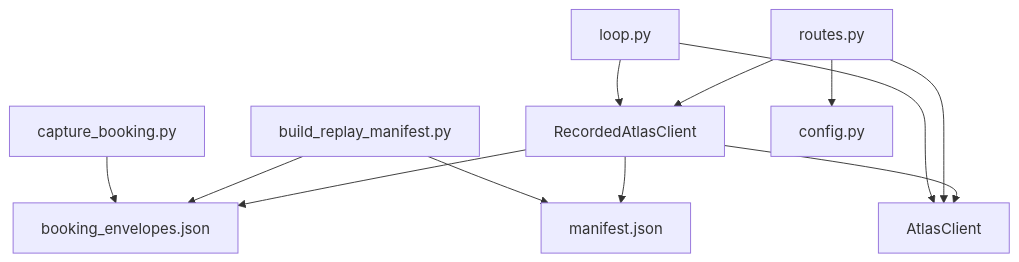
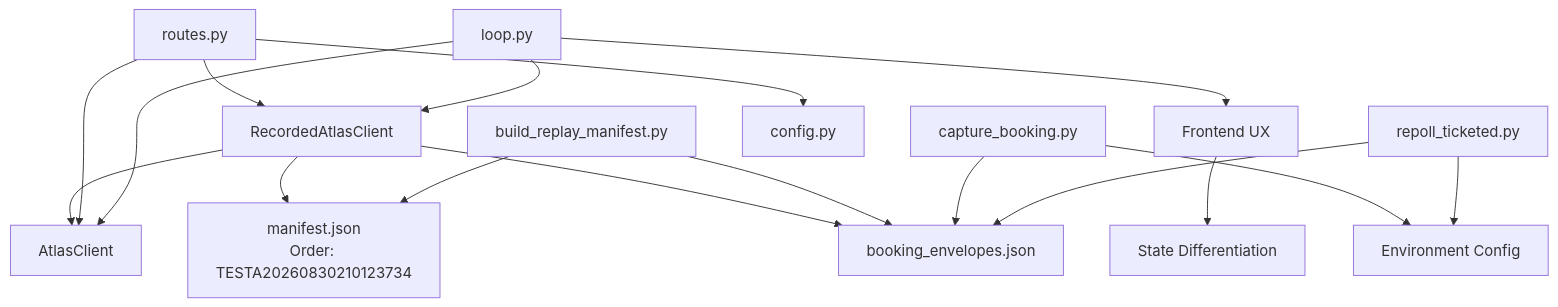
Before and after one commit to jaydonnnk/waypoint: the seventh of 7 diagrams in .qoder/repowiki/en/content/Atlas Integration/Recorded Mode Engine.md, drawn with Mermaid. The commit also changed other lines of this file and 14 other files, not shown here.

````diff
--- a/.qoder/repowiki/en/content/Atlas Integration/Recorded Mode Engine.md
+++ b/.qoder/repowiki/en/content/Atlas Integration/Recorded Mode Engine.md
@@ -292,14 +383,19 @@
 ```mermaid
 graph TB
 RC["RecordedAtlasClient"] --> AC["AtlasClient"]
-RC --> MAN["manifest.json"]
+RC --> MAN["manifest.json<br/>Order: TESTA20260830210123734"]
 RC --> REC["booking_envelopes.json"]
 BLD["build_replay_manifest.py"] --> REC
 BLD --> MAN
 CAP["capture_booking.py"] --> REC
+CAP --> ENV["Environment Config"]
+REPOLL["repoll_ticketed.py"] --> REC
+REPOLL --> ENV
 RT["routes.py"] --> CFG["config.py"]
 RT --> RC
 RT --> AC
 LOOP["loop.py"] --> RC
 LOOP --> AC
+LOOP --> FE["Frontend UX"]
+FE --> STATE["State Differentiation"]
 ```
````
